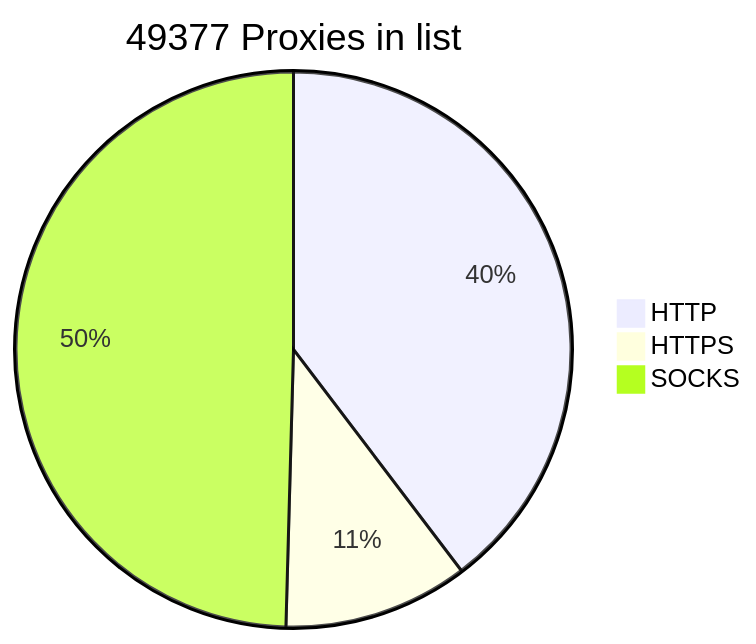
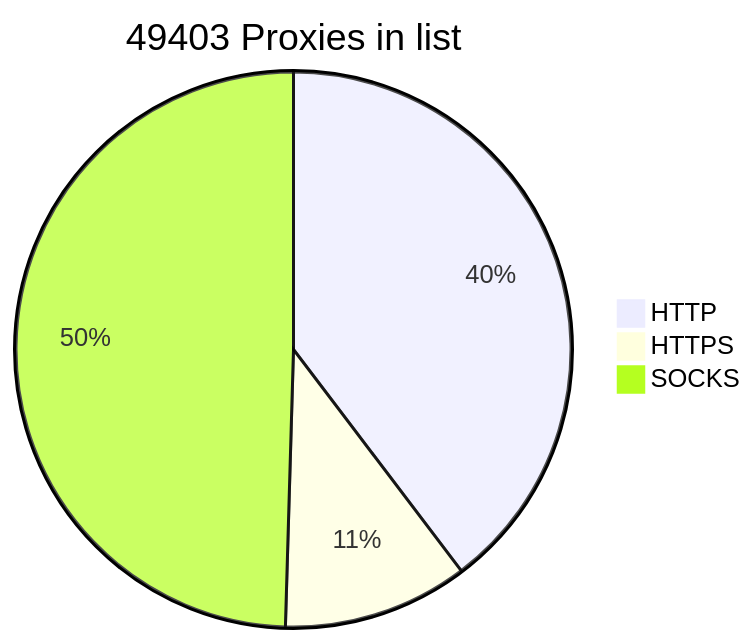
Before and after one commit to BlackSnowDot/proxylist-update-every-minute: the diagram in README.md, drawn with Mermaid. The commit also changed other lines of this file, not shown here.

````diff
--- a/README.md
+++ b/README.md
@@ -2,6 +2,6 @@
 ```mermaid
-pie title 49377 Proxies in list
-    "HTTP" : 21650
-    "HTTPS": 5878
+pie title 49403 Proxies in list
+    "HTTP" : 21667
+    "HTTPS": 5893
     "SOCKS" : 27053
 ```
````
